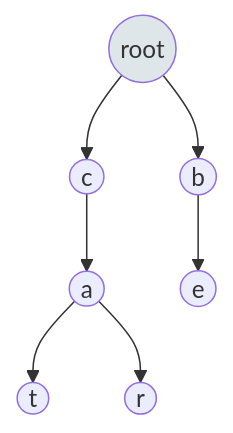
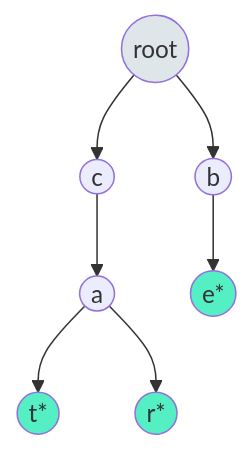
Before and after one commit to srinivasboini/interview-prep: the diagram in algorithms/algorithms/08-trees-advanced.md, drawn with Mermaid. The commit also changed other lines of this file and 50 other files, not shown here.

````diff
--- a/algorithms/algorithms/08-trees-advanced.md
+++ b/algorithms/algorithms/08-trees-advanced.md
@@ -24,11 +37,14 @@
 ```mermaid
 graph TD
     Root((root)) --> C((c))
     Root --> B((b))
-    C --> A((a))
-    A --> T((t))
-    A --> R((r))
-    B --> E((e))
+    C --> A1((a))
+    A1 --> T((t*))
+    A1 --> R((r*))
+    B --> E((e*))
     
     style Root fill:#dfe6e9
+    style T fill:#55efc4
+    style R fill:#55efc4
+    style E fill:#55efc4
 ```
````
